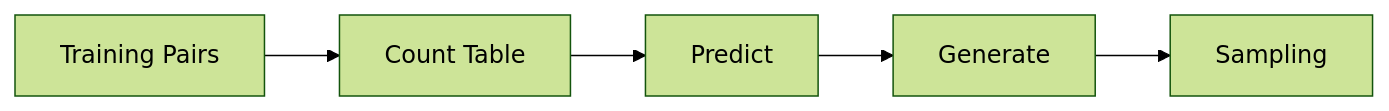
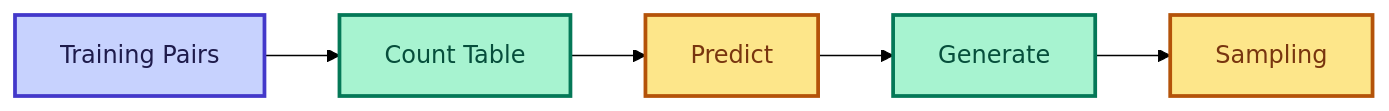
Before and after one commit to bhNibir/build-own-llm: the diagram in content/docs/part-02-bigram/index.mdx, drawn with Mermaid (forest theme). The commit also changed 22 other files, not shown here.

First line of the commit message:
Refactor Mermaid and diagram styles for improved readability and consistency

````diff
--- a/content/docs/part-02-bigram/index.mdx
+++ b/content/docs/part-02-bigram/index.mdx
@@ -14,7 +14,10 @@
 ```mermaid
 flowchart LR
-    A[Training Pairs] --> B[Count Table]
-    B --> C[Predict]
-    C --> D[Generate]
-    D --> E[Sampling]
+    A["Training Pairs"]:::input --> B["Count Table"]:::process
+    B --> C["Predict"]:::output
+    C --> D["Generate"]:::process
+    D --> E["Sampling"]:::output
+    classDef input fill:#C7D2FE,color:#1E1B4B,stroke:#4338CA,stroke-width:2.5px
+    classDef process fill:#A7F3D0,color:#064E3B,stroke:#047857,stroke-width:2.5px
+    classDef output fill:#FDE68A,color:#78350F,stroke:#B45309,stroke-width:2.5px
 ```
````
